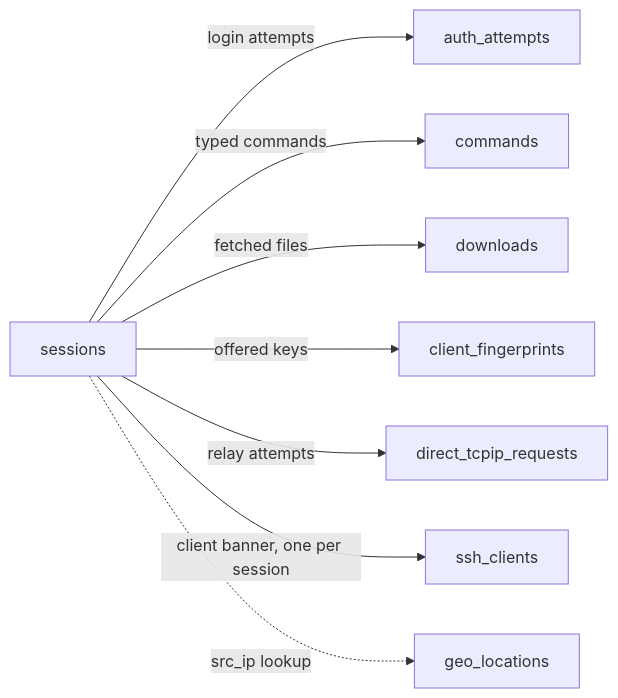
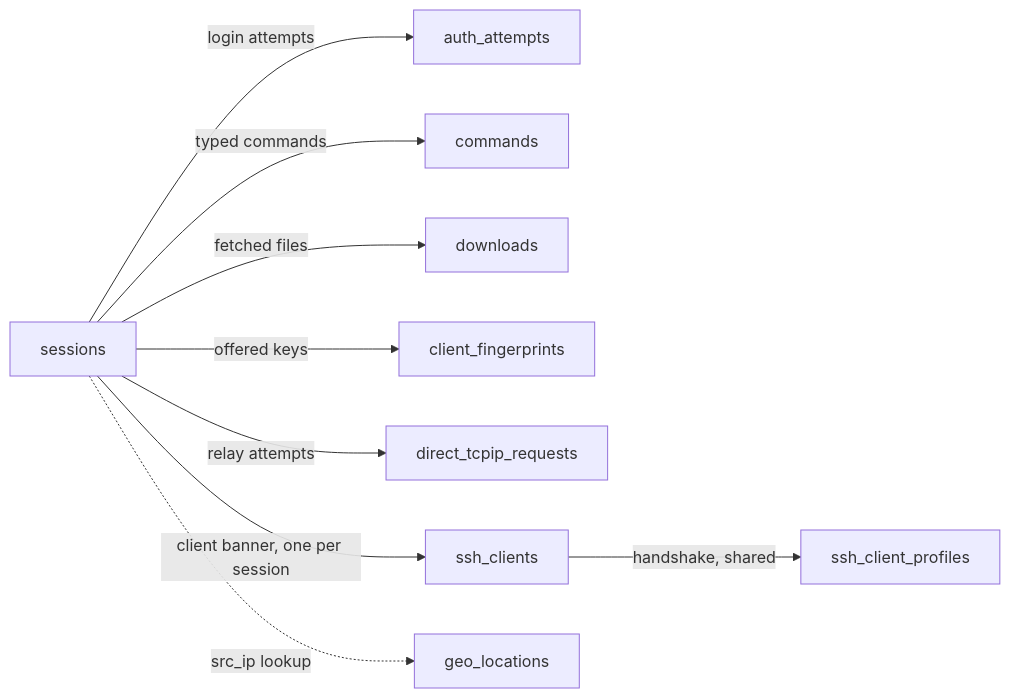
The second of 2 diagrams in docs/architecture/index.md (straightchlorine/honeywatch), drawn with Mermaid before and after one commit. The commit also changed other lines of this file and 12 other files, not shown here.

````diff
--- a/docs/architecture/index.md
+++ b/docs/architecture/index.md
@@ -129,11 +130,12 @@
 ```mermaid
 graph LR
     S[sessions]
     S -->|login attempts| A[auth_attempts]
     S -->|typed commands| C[commands]
     S -->|fetched files| D[downloads]
     S -->|offered keys| F[client_fingerprints]
     S -->|relay attempts| T[direct_tcpip_requests]
     S -->|client banner, one per session| K[ssh_clients]
+    K -->|handshake, shared| P[ssh_client_profiles]
     S -.->|src_ip lookup| G[geo_locations]
 ```
````
